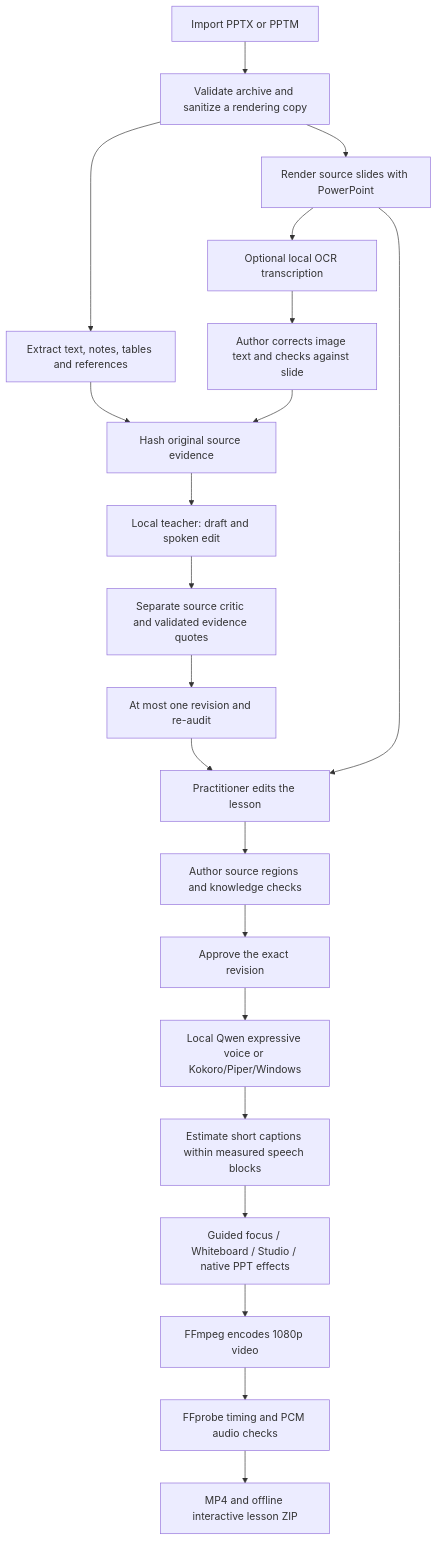
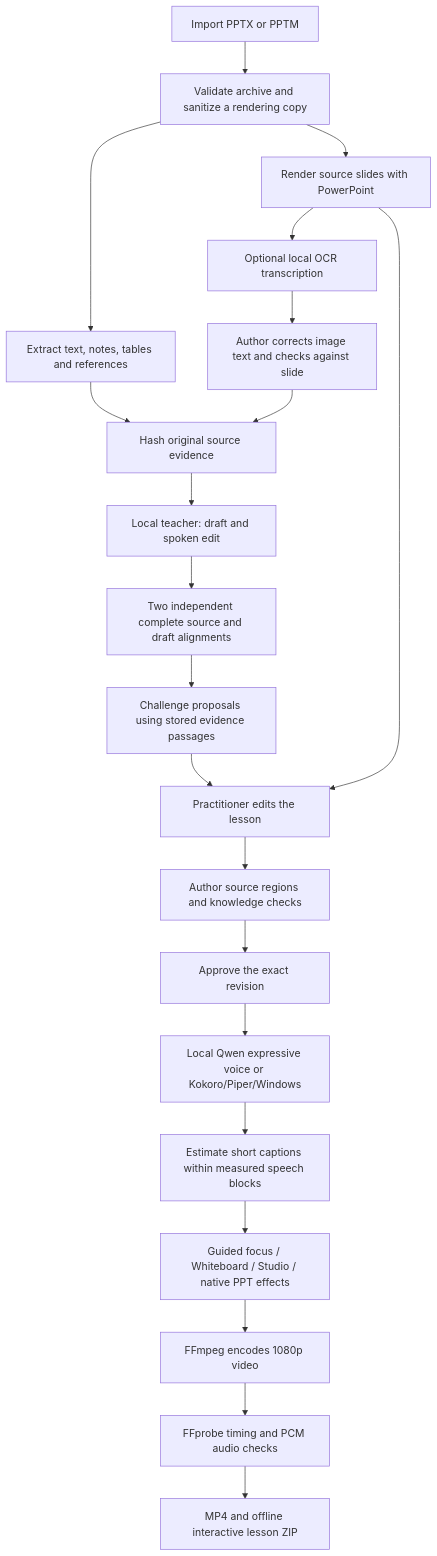
One commit to tasnimuldatascience/narrate-medical-studio changed the diagram in docs/PIPELINE.md. Above: the diagram before and after it, drawn with Mermaid. The commit also changed other lines of this file and 17 other files, not shown here.

````diff
--- a/docs/PIPELINE.md
+++ b/docs/PIPELINE.md
@@ -5,23 +5,23 @@
 ```mermaid
 flowchart TD
     A[Import PPTX or PPTM] --> B[Validate archive and sanitize a rendering copy]
     B --> C[Extract text, notes, tables and references]
     B --> D[Render source slides with PowerPoint]
     D --> O[Optional local OCR transcription]
     O --> P[Author corrects image text and checks against slide]
     C --> E[Hash original source evidence]
     P --> E
     E --> T[Local teacher: draft and spoken edit]
-    T --> Q[Separate source critic and validated evidence quotes]
-    Q --> R[At most one revision and re-audit]
+    T --> Q[Two independent complete source and draft alignments]
+    Q --> R[Challenge proposals using stored evidence passages]
     D --> F[Practitioner edits the lesson]
     R --> F
     F --> G[Author source regions and knowledge checks]
     G --> H[Approve the exact revision]
     H --> I[Local Qwen expressive voice or Kokoro/Piper/Windows]
     I --> J[Estimate short captions within measured speech blocks]
     J --> K[Guided focus / Whiteboard / Studio / native PPT effects]
     K --> L[FFmpeg encodes 1080p video]
     L --> M[FFprobe timing and PCM audio checks]
     M --> N[MP4 and offline interactive lesson ZIP]
 ```
````
